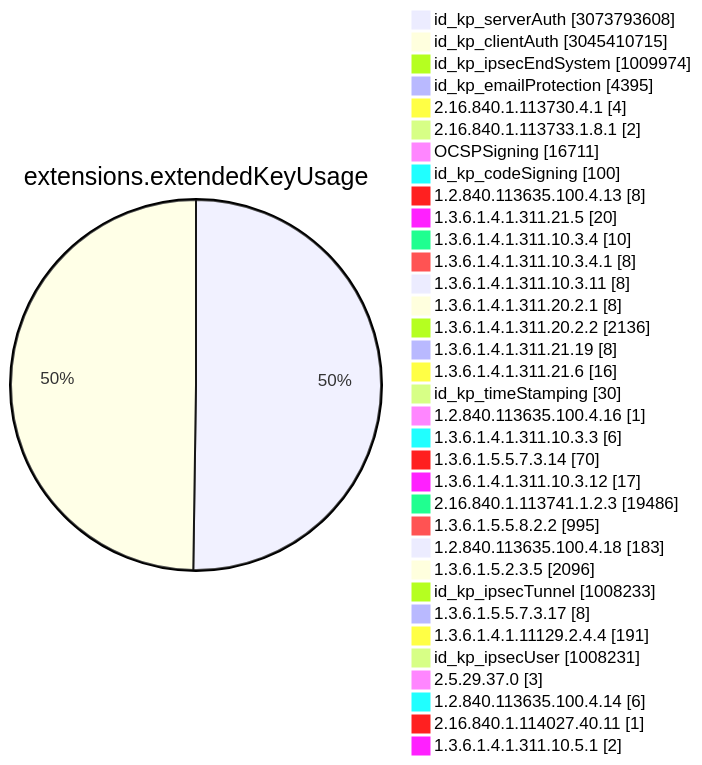
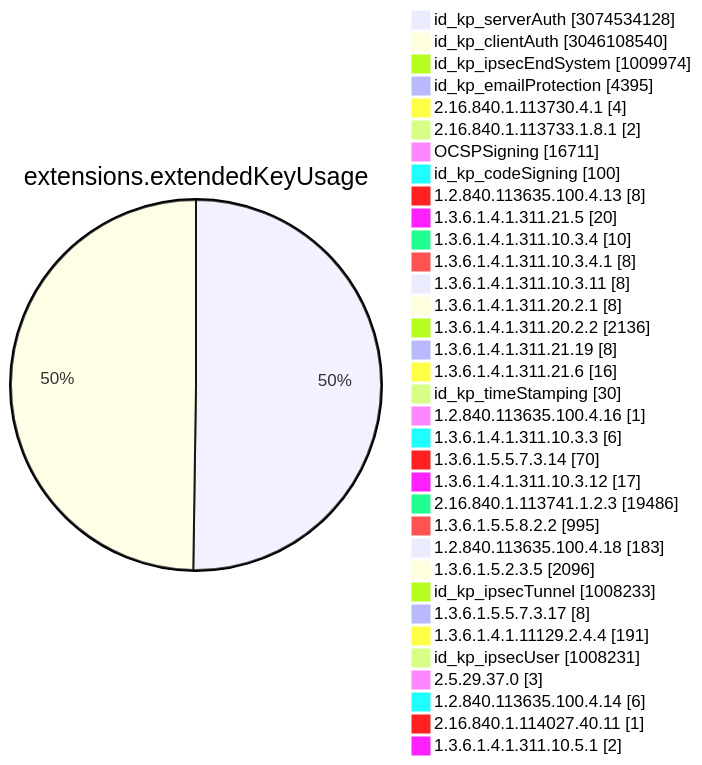
Diagram 11 of 15 in TOTAL/README.md (christiankrug/ctmonitor_visualization), drawn with Mermaid before and after one commit. The commit also changed other lines of this file, not shown here.

````diff
--- a/TOTAL/README.md
+++ b/TOTAL/README.md
@@ -4119,38 +4119,38 @@
 ```mermaid
 pie showData
 title extensions.extendedKeyUsage
-"id_kp_serverAuth" :3073793608
-"id_kp_clientAuth" :3045410715
+"id_kp_serverAuth" :3074534128
+"id_kp_clientAuth" :3046108540
 "id_kp_ipsecEndSystem" :1009974
 "id_kp_emailProtection" :4395
 "2.16.840.1.113730.4.1" :4
 "2.16.840.1.113733.1.8.1" :2
 "OCSPSigning" :16711
 "id_kp_codeSigning" :100
 "1.2.840.113635.100.4.13" :8
 "1.3.6.1.4.1.311.21.5" :20
 "1.3.6.1.4.1.311.10.3.4" :10
 "1.3.6.1.4.1.311.10.3.4.1" :8
 "1.3.6.1.4.1.311.10.3.11" :8
 "1.3.6.1.4.1.311.20.2.1" :8
 "1.3.6.1.4.1.311.20.2.2" :2136
 "1.3.6.1.4.1.311.21.19" :8
 "1.3.6.1.4.1.311.21.6" :16
 "id_kp_timeStamping" :30
 "1.2.840.113635.100.4.16" :1
 "1.3.6.1.4.1.311.10.3.3" :6
 "1.3.6.1.5.5.7.3.14" :70
 "1.3.6.1.4.1.311.10.3.12" :17
 "2.16.840.1.113741.1.2.3" :19486
 "1.3.6.1.5.5.8.2.2" :995
 "1.2.840.113635.100.4.18" :183
 "1.3.6.1.5.2.3.5" :2096
 "id_kp_ipsecTunnel" :1008233
 "1.3.6.1.5.5.7.3.17" :8
 "1.3.6.1.4.1.11129.2.4.4" :191
 "id_kp_ipsecUser" :1008231
 "2.5.29.37.0" :3
 "1.2.840.113635.100.4.14" :6
 "2.16.840.1.114027.40.11" :1
 "1.3.6.1.4.1.311.10.5.1" :2
 ```
````
